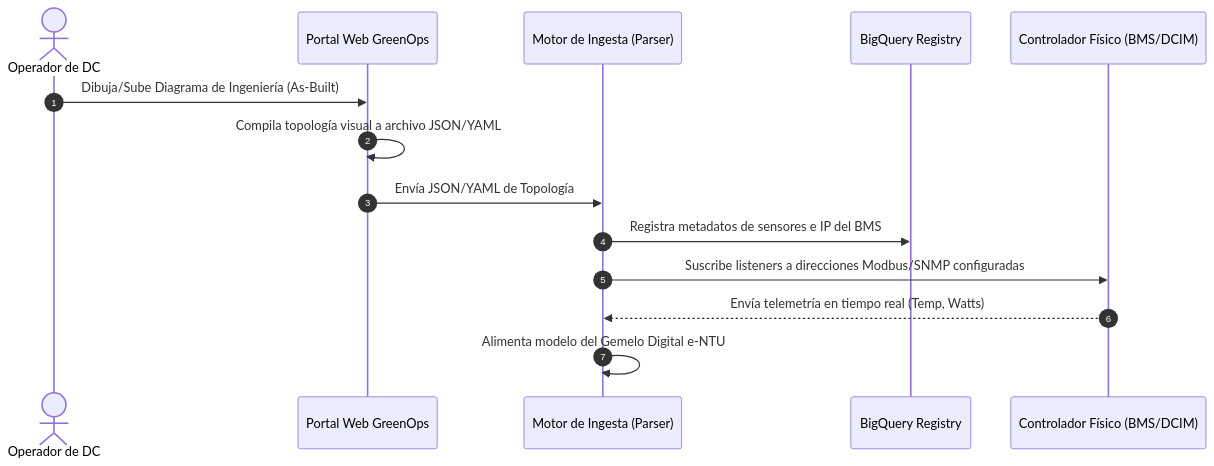
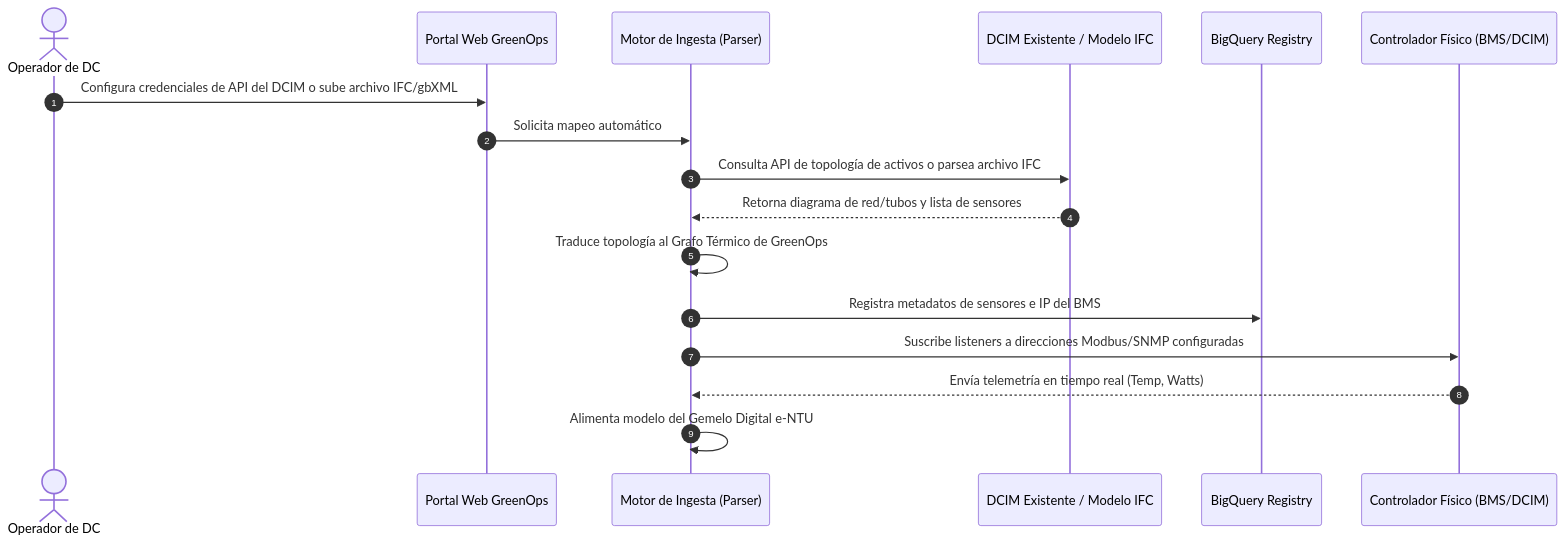
Before and after one commit to ismasegoviavial/greenops-dc: the second of 3 diagrams in arquitectura_dcim_escalabilidad.md, drawn with Mermaid. The commit also changed other lines of this file, not shown here.

Commit message:
Agregar mecanismos de auto-descubrimiento via APIs DCIM y archivos BIM/IFC

````diff
--- a/arquitectura_dcim_escalabilidad.md
+++ b/arquitectura_dcim_escalabilidad.md
@@ -36,17 +47,20 @@
 ```mermaid
 sequenceDiagram
     autonumber
     actor Operador as Operador de DC
     participant Portal as Portal Web GreenOps
     participant Parser as Motor de Ingesta (Parser)
+    participant DCIM as DCIM Existente / Modelo IFC
     participant BQ as BigQuery Registry
     participant DMS as Controlador Físico (BMS/DCIM)
 
-    Operador->>Portal: Dibuja/Sube Diagrama de Ingeniería (As-Built)
-    Portal->>Portal: Compila topología visual a archivo JSON/YAML
-    Portal->>Parser: Envía JSON/YAML de Topología
+    Operador->>Portal: Configura credenciales de API del DCIM o sube archivo IFC/gbXML
+    Portal->>Parser: Solicita mapeo automático
+    Parser->>DCIM: Consulta API de topología de activos o parsea archivo IFC
+    DCIM-->>Parser: Retorna diagrama de red/tubos y lista de sensores
+    Parser->>Parser: Traduce topología al Grafo Térmico de GreenOps
     Parser->>BQ: Registra metadatos de sensores e IP del BMS
     Parser->>DMS: Suscribe listeners a direcciones Modbus/SNMP configuradas
     DMS-->>Parser: Envía telemetría en tiempo real (Temp, Watts)
     Parser->>Parser: Alimenta modelo del Gemelo Digital e-NTU
 ```
````
